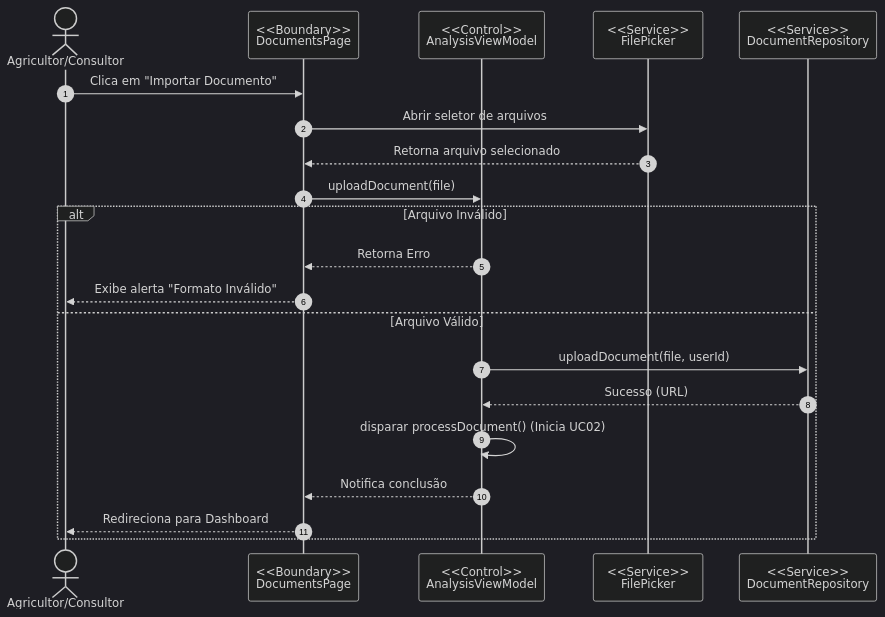
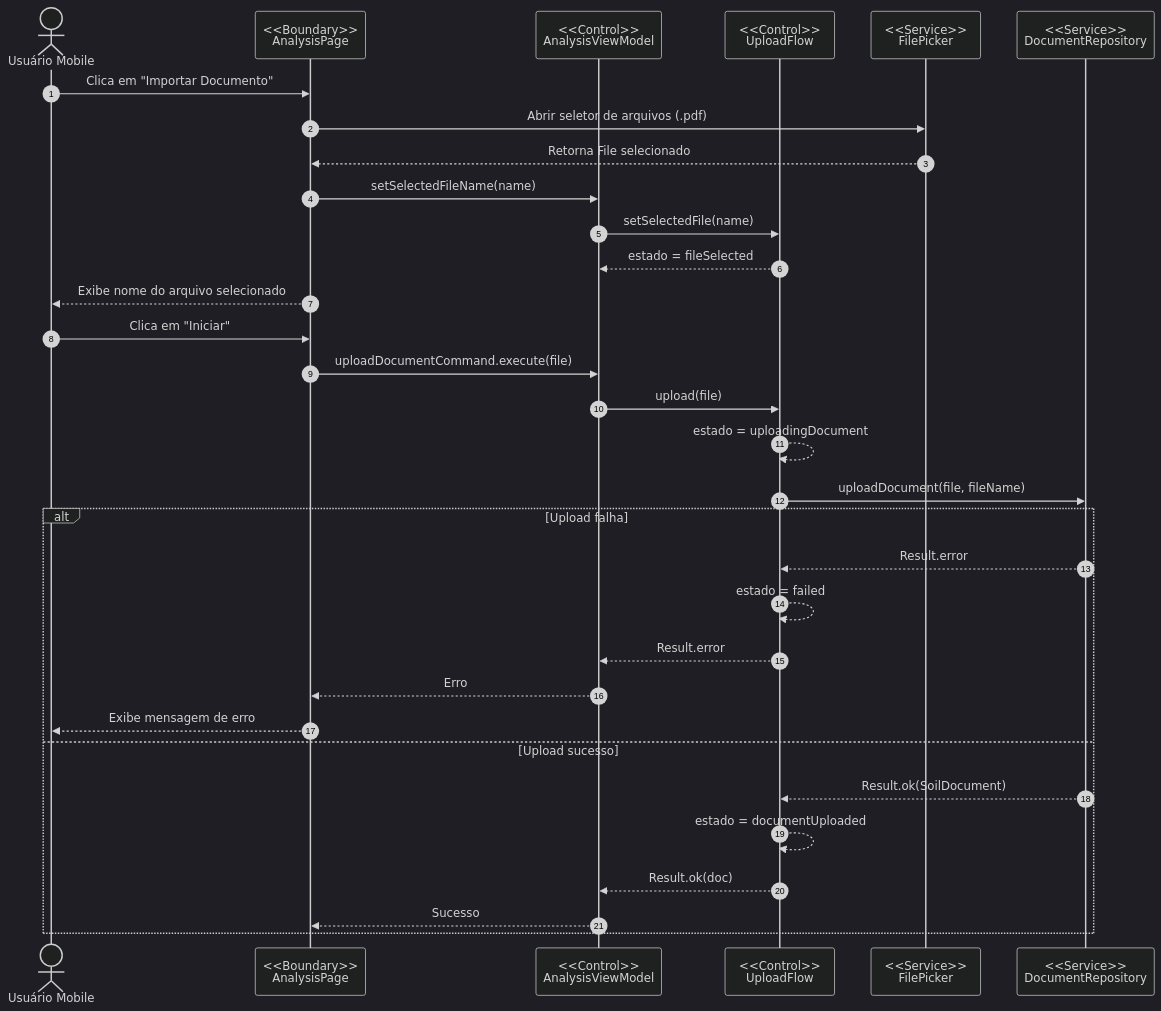
One commit to leandromesq/anasoil changed the second of 7 diagrams in docs/documentacao_anasoil.md. Above: the diagram before and after it, drawn with Mermaid (dark theme). The commit also changed other lines of this file and 1 other file, not shown here.

Commit message:
Revise docs architecture and delete CI workflow

````diff
--- a/docs/documentacao_anasoil.md
+++ b/docs/documentacao_anasoil.md
@@ -128,25 +368,37 @@
 ```mermaid
 sequenceDiagram
     autonumber
-    actor A as Agricultor/Consultor
-    participant UI as <<Boundary>><br>DocumentsPage
+    actor A as Usuário Mobile
+    participant UI as <<Boundary>><br>AnalysisPage
     participant VM as <<Control>><br>AnalysisViewModel
-    participant File as <<Service>><br>FilePicker
+    participant UF as <<Control>><br>UploadFlow
+    participant FP as <<Service>><br>FilePicker
     participant Repo as <<Service>><br>DocumentRepository
 
     A->>UI: Clica em "Importar Documento"
-    UI->>File: Abrir seletor de arquivos
-    File-->>UI: Retorna arquivo selecionado
-    UI->>VM: uploadDocument(file)
+    UI->>FP: Abrir seletor de arquivos (.pdf)
+    FP-->>UI: Retorna File selecionado
+    UI->>VM: setSelectedFileName(name)
+    VM->>UF: setSelectedFile(name)
+    UF-->>VM: estado = fileSelected
+    UI-->>A: Exibe nome do arquivo selecionado
+
+    A->>UI: Clica em "Iniciar"
+    UI->>VM: uploadDocumentCommand.execute(file)
+    VM->>UF: upload(file)
+    UF-->>UF: estado = uploadingDocument
+    UF->>Repo: uploadDocument(file, fileName)
     
-    alt Arquivo Inválido
-        VM-->>UI: Retorna Erro
-        UI-->>A: Exibe alerta "Formato Inválido"
-    else Arquivo Válido
-        VM->>Repo: uploadDocument(file, userId)
-        Repo-->>VM: Sucesso (URL)
-        VM->>VM: disparar processDocument() (Inicia UC02)
-        VM-->>UI: Notifica conclusão
-        UI-->>A: Redireciona para Dashboard
+    alt Upload falha
+        Repo-->>UF: Result.error
+        UF-->>UF: estado = failed
+        UF-->>VM: Result.error
+        VM-->>UI: Erro
+        UI-->>A: Exibe mensagem de erro
+    else Upload sucesso
+        Repo-->>UF: Result.ok(SoilDocument)
+        UF-->>UF: estado = documentUploaded
+        UF-->>VM: Result.ok(doc)
+        VM-->>UI: Sucesso
     end
 ```
````
